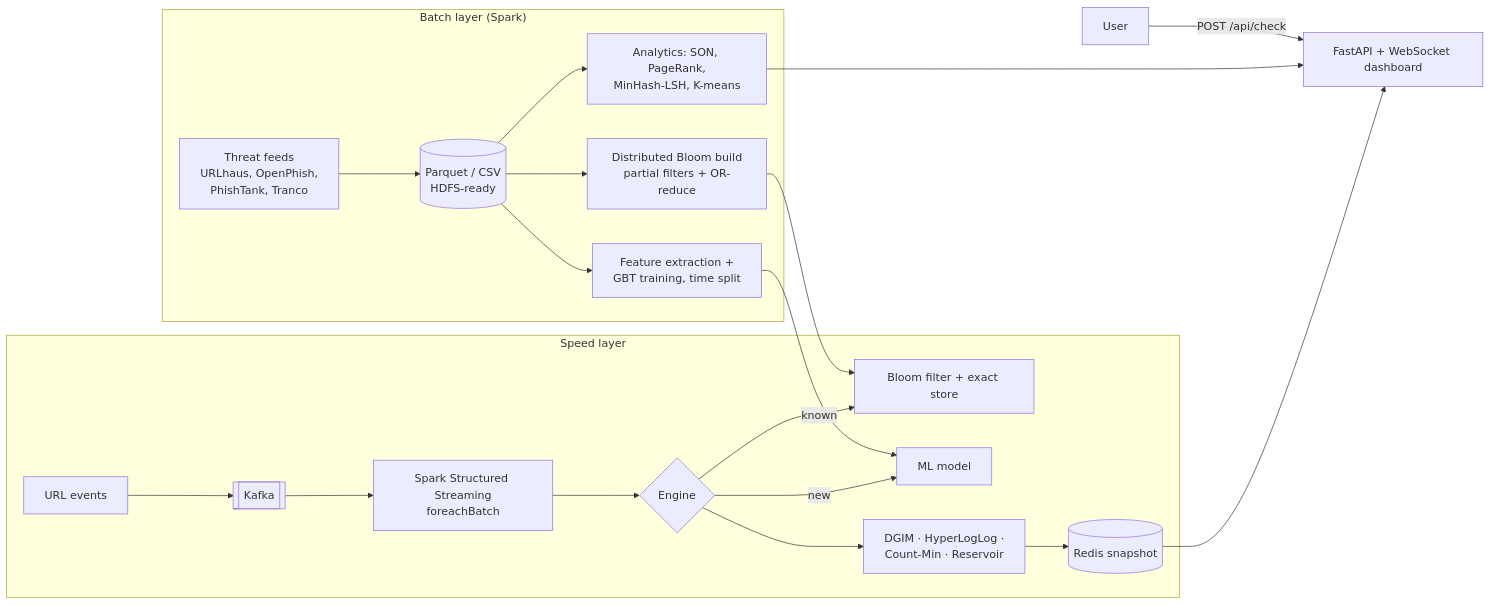
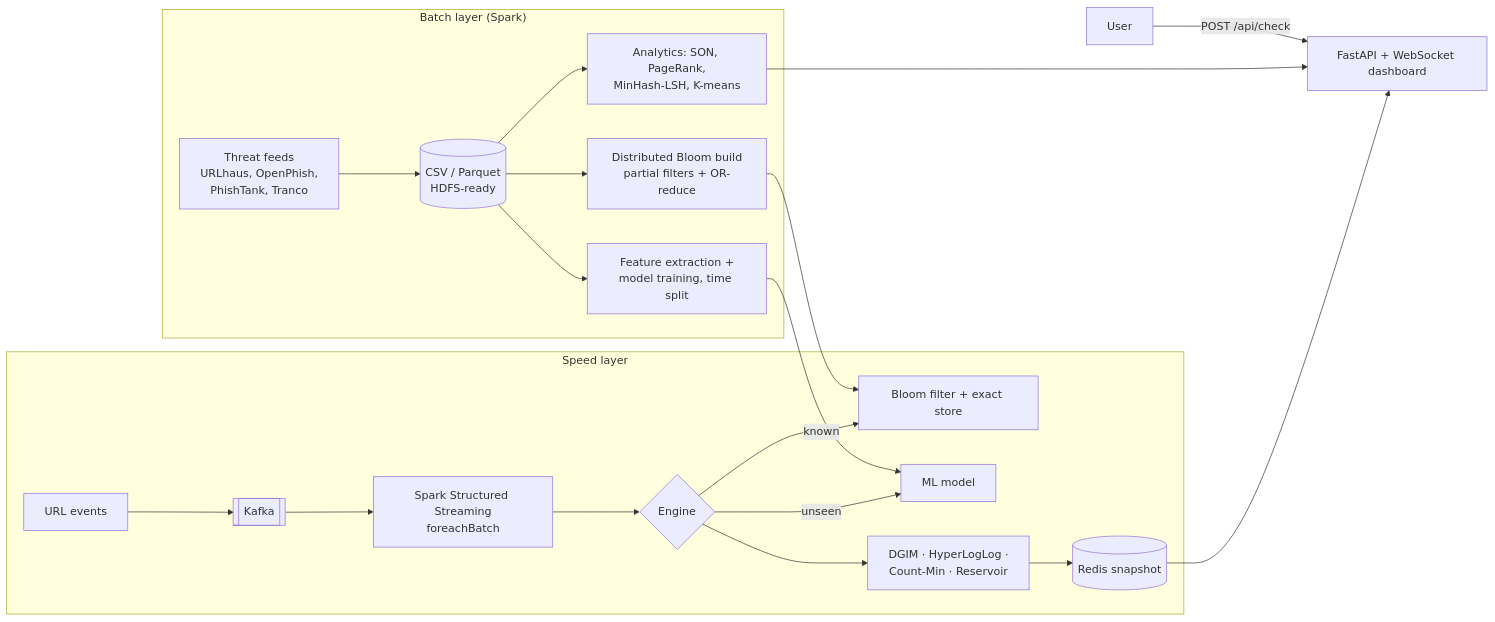
The diagram in README.md (katkarvismaya19-web/PhishStream), drawn with Mermaid before and after one commit. The commit also changed other lines of this file, not shown here.

````diff
--- a/README.md
+++ b/README.md
@@ -56,23 +78,23 @@
 ```mermaid
 flowchart LR
     subgraph Batch["Batch layer (Spark)"]
-        F[Threat feeds<br/>URLhaus, OpenPhish,<br/>PhishTank, Tranco] --> P[(Parquet / CSV<br/>HDFS-ready)]
+        F[Threat feeds<br/>URLhaus, OpenPhish,<br/>PhishTank, Tranco] --> P[(CSV / Parquet<br/>HDFS-ready)]
         P --> B[Distributed Bloom build<br/>partial filters + OR-reduce]
-        P --> M[Feature extraction +<br/>GBT training, time split]
+        P --> M[Feature extraction +<br/>model training, time split]
         P --> A[Analytics: SON, PageRank,<br/>MinHash-LSH, K-means]
     end
     subgraph Speed["Speed layer"]
         S[URL events] --> K[[Kafka]]
         K --> SS[Spark Structured Streaming<br/>foreachBatch]
         SS --> E{Engine}
         E -->|known| BL[Bloom filter + exact store]
-        E -->|new| ML[ML model]
+        E -->|unseen| ML[ML model]
         E --> SK[DGIM · HyperLogLog ·<br/>Count-Min · Reservoir]
         SK --> R[(Redis snapshot)]
     end
     B --> BL
     M --> ML
     R --> API[FastAPI + WebSocket dashboard]
     A --> API
     U[User] -->|POST /api/check| API
 ```
````
